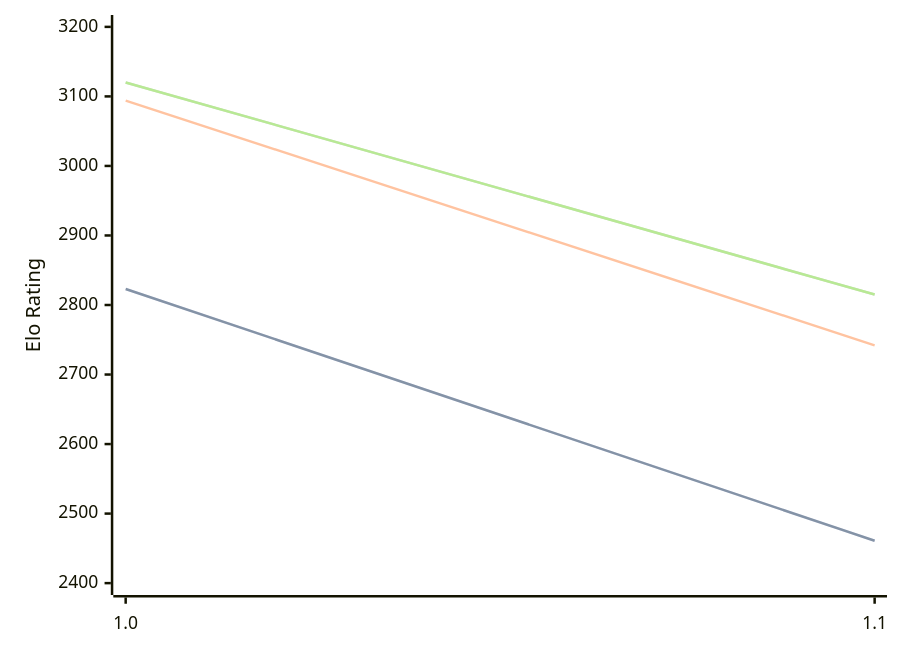
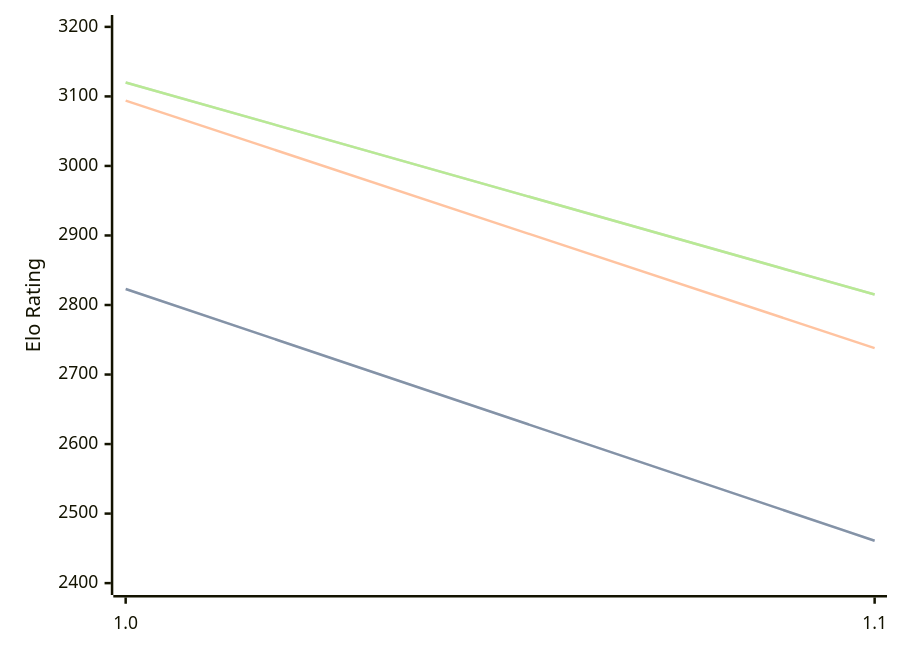
The third of 3 diagrams in engines/Publius.md (computer-chess-index/cci), drawn with Mermaid before and after one commit. The commit also changed other lines of this file, not shown here.

````diff
--- a/engines/Publius.md
+++ b/engines/Publius.md
@@ -65,11 +65,11 @@
 ```mermaid
 %%{init: {"theme":"base","themeVariables":{"seriesColors:['#a3a3a3','#222221','#faa371']}}}%%
 xychart-beta
   x-axis ["1.0", "1.1"]
   y-axis "Elo Rating" 2400 --> 3200
   line "STC (8.0+0.08s)" [2823, 2461]
   line "STC (8.0+0.08s)" [2823, 2461]
-  line "LTC (60.0+0.60s)" [3094, 2742]
+  line "LTC (60.0+0.60s)" [3094, 2738]
   line "VLTC (2m24s+1.12s)" [3120, 2815]
   line "VLTC (2m24s+1.12s)" [3120, 2815]
 ```
````
